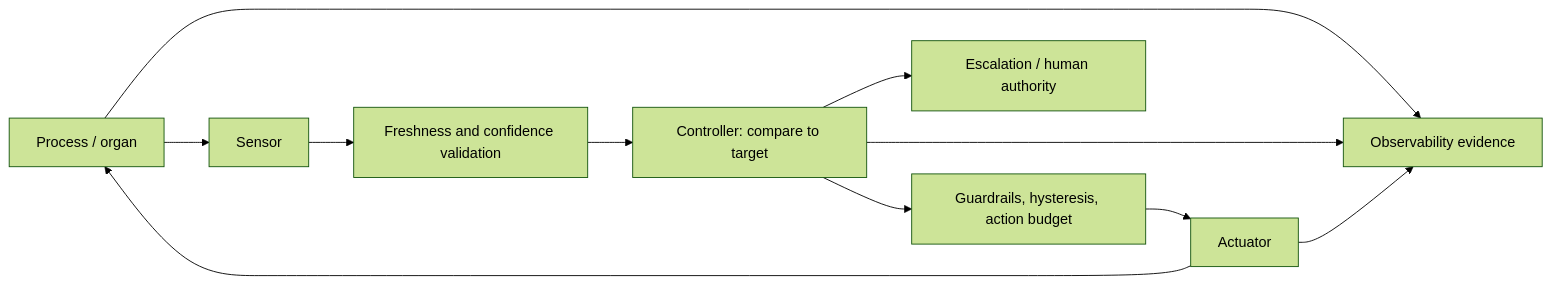
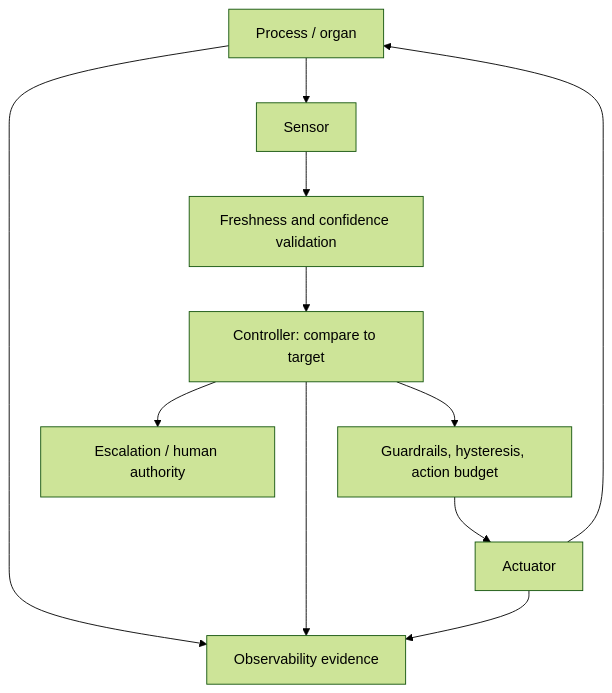
The diagram in diagrams/homeostasis-loop.md (Alpha-Oi/digital-organism-architecture), drawn with Mermaid (forest theme) before and after one commit. The commit also changed other lines of this file and 9 other files, not shown here.

First line of the commit message:
docs: сделать страницы диаграмм читаемыми без увеличения

````diff
--- a/diagrams/homeostasis-loop.md
+++ b/diagrams/homeostasis-loop.md
@@ -3,13 +9,13 @@
 ```mermaid
-flowchart LR
+flowchart TD
   P[Process / organ] --> S[Sensor]
   S --> V[Freshness and confidence validation]
   V --> C[Controller: compare to target]
   C --> G[Guardrails, hysteresis, action budget]
   G --> A[Actuator]
   A --> P
   C --> E[Escalation / human authority]
   P --> O[Observability evidence]
   C --> O
   A --> O
 ```
````
